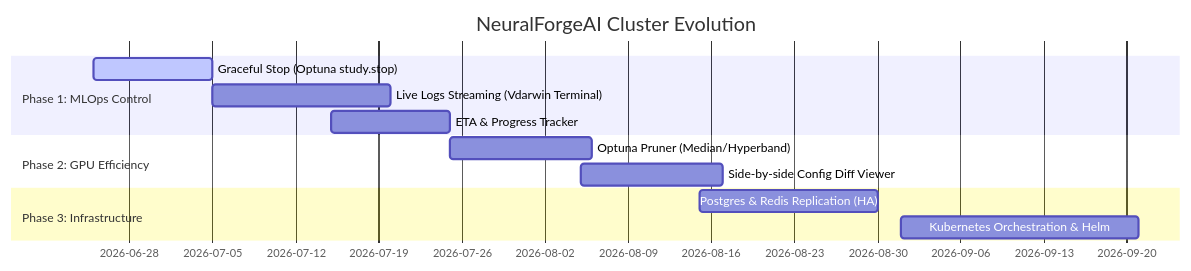
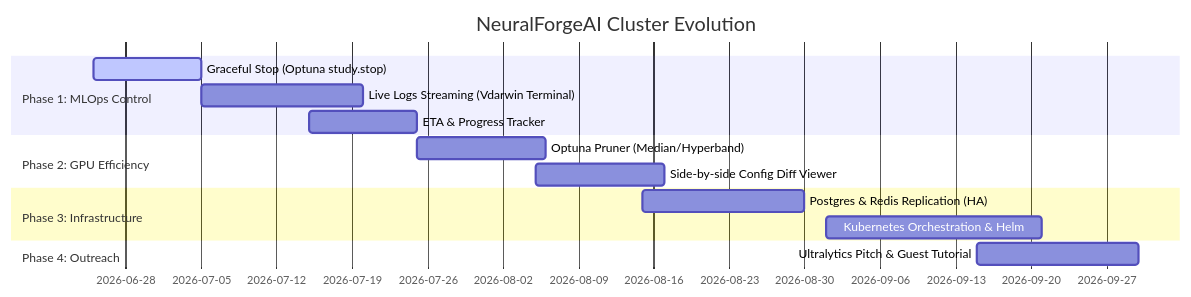
Before and after one commit to wisrovi/wyoloservice2_production: the diagram in ROADMAP.md, drawn with Mermaid. The commit also changed other lines of this file, not shown here.

Commit message:
[DOCS] Add community outreach and Ultralytics integration plan to production roadmap

````diff
--- a/ROADMAP.md
+++ b/ROADMAP.md
@@ -18,15 +19,17 @@
 ```mermaid
 gantt
     title NeuralForgeAI Cluster Evolution
     dateFormat  YYYY-MM-DD
     section Phase 1: MLOps Control
     Graceful Stop (Optuna study.stop)     :active, 2026-06-25, 10d
     Live Logs Streaming (Vdarwin Terminal) :2026-07-05, 15d
     ETA & Progress Tracker                 :2026-07-15, 10d
     section Phase 2: GPU Efficiency
     Optuna Pruner (Median/Hyperband)       :2026-07-25, 12d
     Side-by-side Config Diff Viewer        :2026-08-05, 12d
     section Phase 3: Infrastructure
     Postgres & Redis Replication (HA)      :2026-08-15, 15d
     Kubernetes Orchestration & Helm        :2026-09-01, 20d
+    section Phase 4: Outreach
+    Ultralytics Pitch & Guest Tutorial     :2026-09-15, 15d
 ```
````
